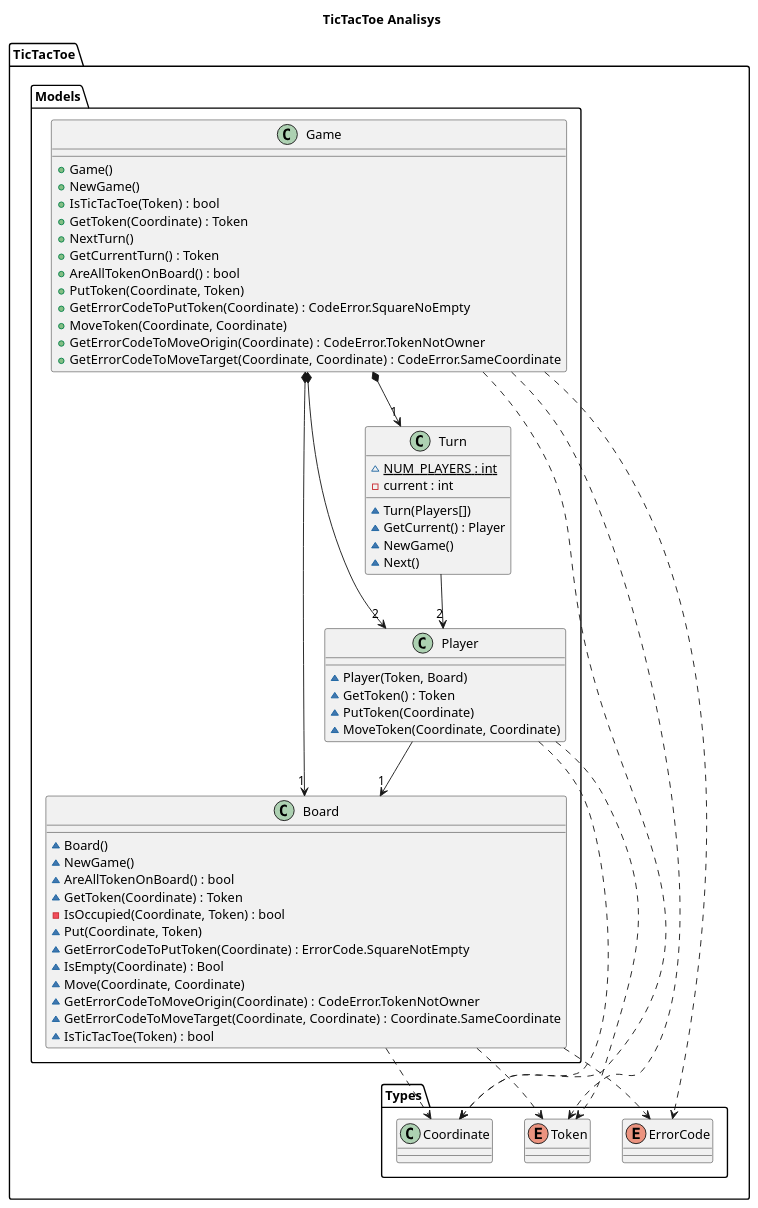
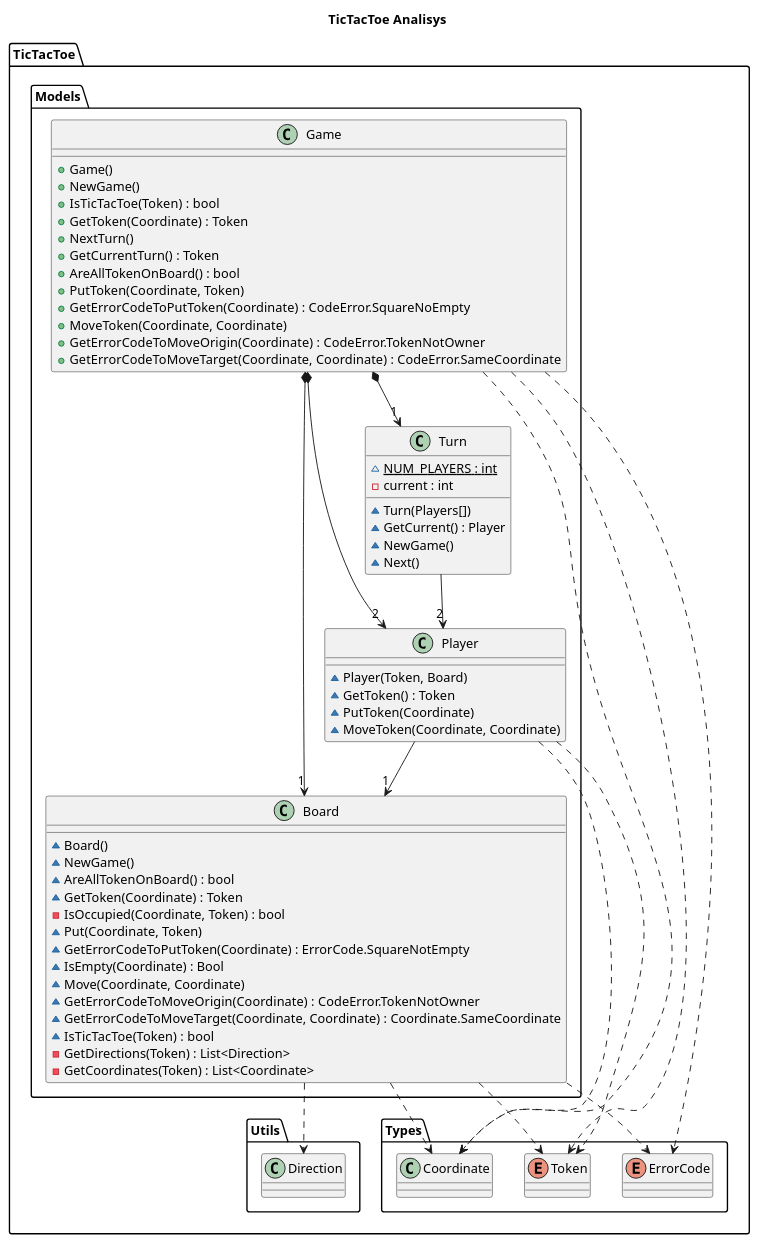
One commit to franpaulinoinfante/MasterSoftwareDevelopment changed the second of 3 diagrams in src/TicTacToe/DocumentView/Basic/TicTacToeAnalisys.plantuml. Above: the diagram before and after it, drawn with PlantUML. The commit also changed other lines of this file and 10 other files, not shown here.

```diff
--- a/src/TicTacToe/DocumentView/Basic/TicTacToeAnalisys.plantuml
+++ b/src/TicTacToe/DocumentView/Basic/TicTacToeAnalisys.plantuml
@@ -1,71 +104,74 @@
 @startuml TicTacToeAnalisys
 title TicTacToe Analisys
 namespace TicTacToe.Models{
     class Game{
         +Game()
         +NewGame()
         +IsTicTacToe(Token) : bool
         +GetToken(Coordinate) : Token
         +NextTurn()
         +GetCurrentTurn() : Token
         +AreAllTokenOnBoard() : bool
         +PutToken(Coordinate, Token)
         +GetErrorCodeToPutToken(Coordinate) : CodeError.SquareNoEmpty
         +MoveToken(Coordinate, Coordinate)
         +GetErrorCodeToMoveOrigin(Coordinate) : CodeError.TokenNotOwner
         +GetErrorCodeToMoveTarget(Coordinate, Coordinate) : CodeError.SameCoordinate
     }
     Game *--> "1" Board
     Game *--> "2" Player
     Game *--> "1" Turn
     Game ..> TicTacToe.Types.Coordinate
     Game ..> TicTacToe.Types.Token
     Game ..> TicTacToe.Types.ErrorCode
 
     class Turn{
         ~{static} NUM_PLAYERS : int
         -current : int
         ~Turn(Players[])
         ~GetCurrent() : Player
         ~NewGame()
         ~Next()
     }
     Turn --> "2" Player
 
     class Player{
         ~Player(Token, Board)
         ~GetToken() : Token
         ~PutToken(Coordinate)
         ~MoveToken(Coordinate, Coordinate)
     }
     Player --> "1" Board
     Player ..> TicTacToe.Types.Coordinate
     Player ..> TicTacToe.Types.Token
 
     class Board{
         ~Board()
         ~NewGame()
         ~AreAllTokenOnBoard() : bool
         ~GetToken(Coordinate) : Token
         -IsOccupied(Coordinate, Token) : bool
         ~Put(Coordinate, Token)
         ~GetErrorCodeToPutToken(Coordinate) : ErrorCode.SquareNotEmpty
         ~IsEmpty(Coordinate) : Bool
         ~Move(Coordinate, Coordinate)
         ~GetErrorCodeToMoveOrigin(Coordinate) : CodeError.TokenNotOwner
         ~GetErrorCodeToMoveTarget(Coordinate, Coordinate) : Coordinate.SameCoordinate
         ~IsTicTacToe(Token) : bool
+        -GetDirections(Token) : List<Direction>
+        -GetCoordinates(Token) : List<Coordinate>
     }
     Board ..> TicTacToe.Types.Coordinate
     Board ..> TicTacToe.Types.Token
     Board ..> TicTacToe.Types.ErrorCode
+    Board ..> TicTacToe.Utils.Direction
 }
 
 namespace TicTacToe.Types{
     class Coordinate{}
 
     enum Token{}
 
     enum ErrorCode{}
 }
 @enduml
```
